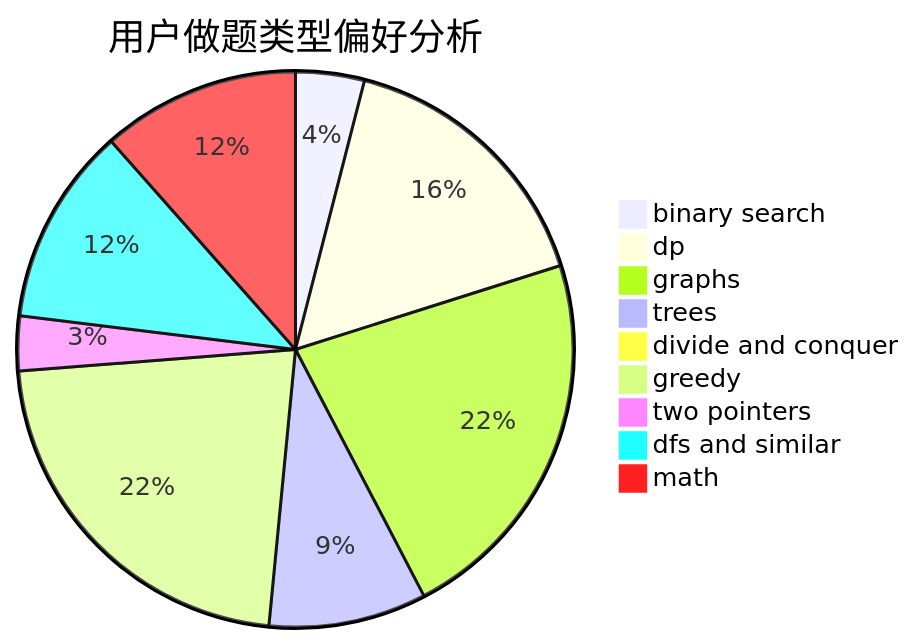
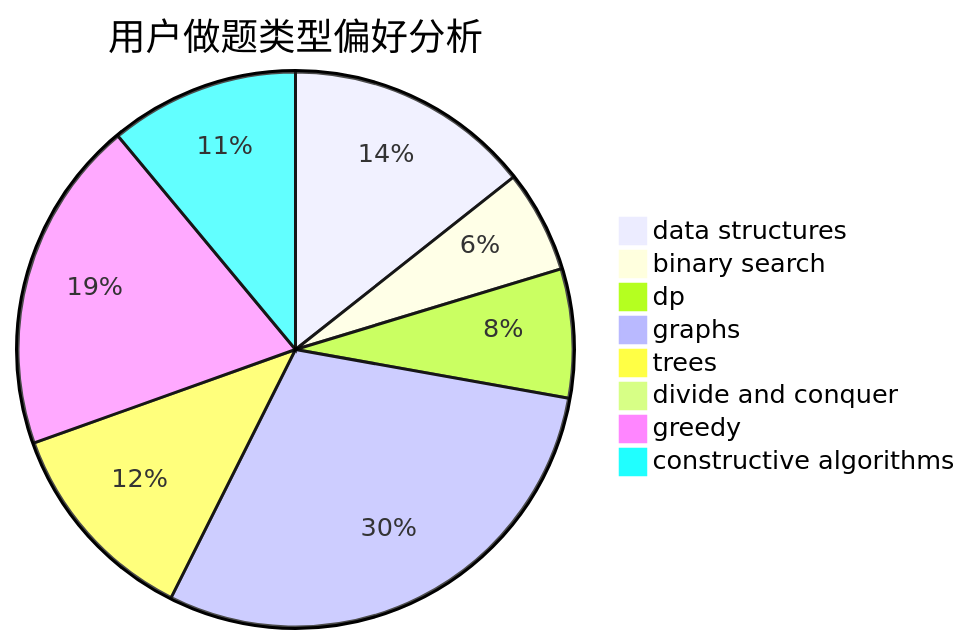
One commit to sherpahu/cfrs.github.io changed the second of 3 diagrams in docs/user/u263.md. Above: the diagram before and after it, drawn with Mermaid. The commit also changed other lines of this file and 2775 other files, not shown here.

````diff
--- a/docs/user/u263.md
+++ b/docs/user/u263.md
@@ -23,12 +23,11 @@
 ```mermaid
 pie title 用户做题类型偏好分析
-    "binary search" :  34
-    "dp" :  137
-    "graphs" :  189
-    "trees" :  78
+    "data structures" :  65
+    "binary search" :  27
+    "dp" :  34
+    "graphs" :  134
+    "trees" :  55
     "divide and conquer" :  0
-    "greedy" :  189
-    "two pointers" :  27
-    "dfs and similar" :  98
-    "math" :  98
+    "greedy" :  88
+    "constructive algorithms" :  50
 ```
````
